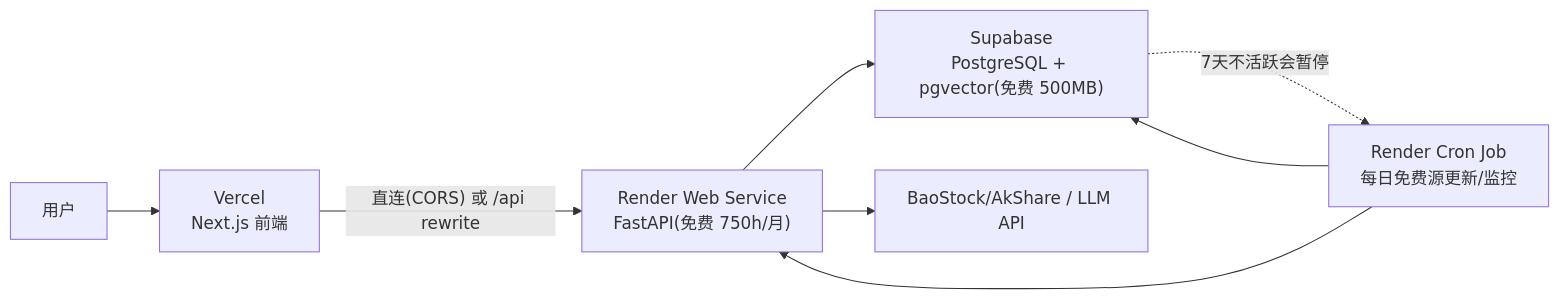
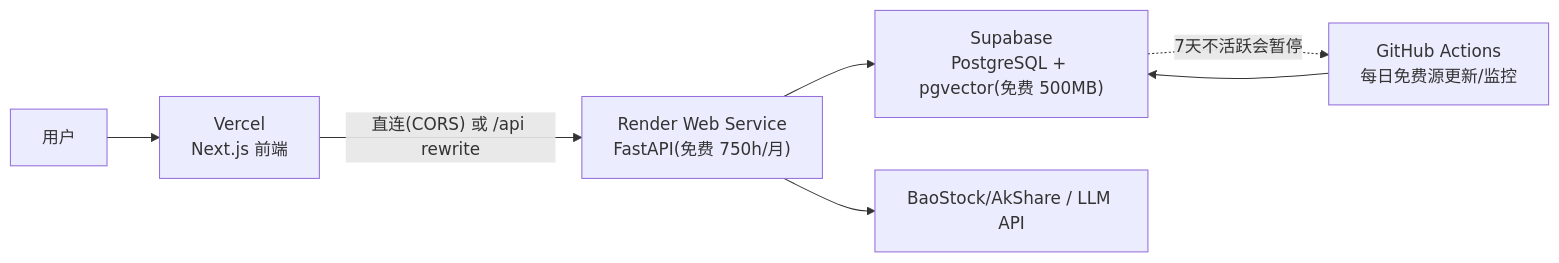
The diagram in docs/07-deployment-guide.md (cgcj0907/stock_agent), drawn with Mermaid before and after one commit. The commit also changed other lines of this file and 5 other files, not shown here.

````diff
--- a/docs/07-deployment-guide.md
+++ b/docs/07-deployment-guide.md
@@ -11,10 +11,9 @@
 ```mermaid
 flowchart LR
     U["用户"] --> V["Vercel<br/>Next.js 前端"]
     V -- "直连(CORS) 或 /api rewrite" --> R["Render Web Service<br/>FastAPI(免费 750h/月)"]
     R --> DB["Supabase<br/>PostgreSQL + pgvector(免费 500MB)"]
-    C["Render Cron Job<br/>每日免费源更新/监控"] --> R
-    C --> DB
+    G["GitHub Actions<br/>每日免费源更新/监控"] --> DB
     R --> EXT["BaoStock/AkShare / LLM API"]
-    DB -. 7天不活跃会暂停 .-> C
+    DB -. 7天不活跃会暂停 .-> G
 ```
````
